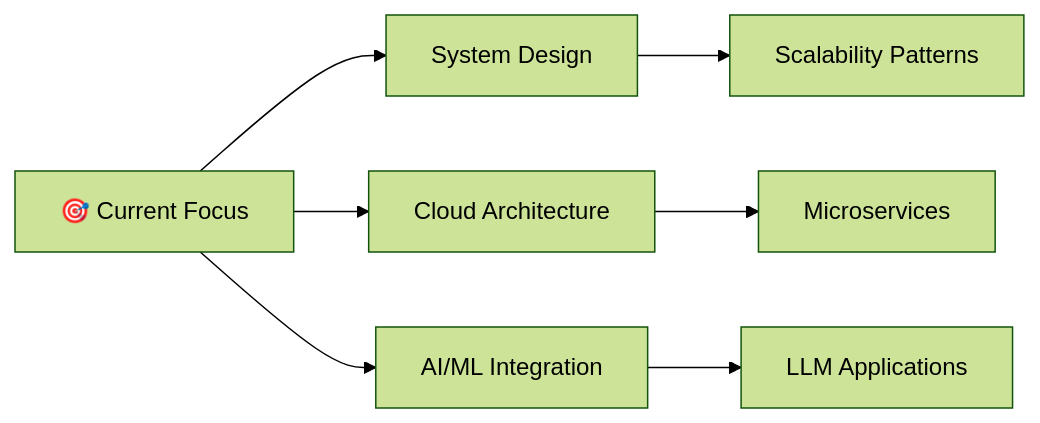
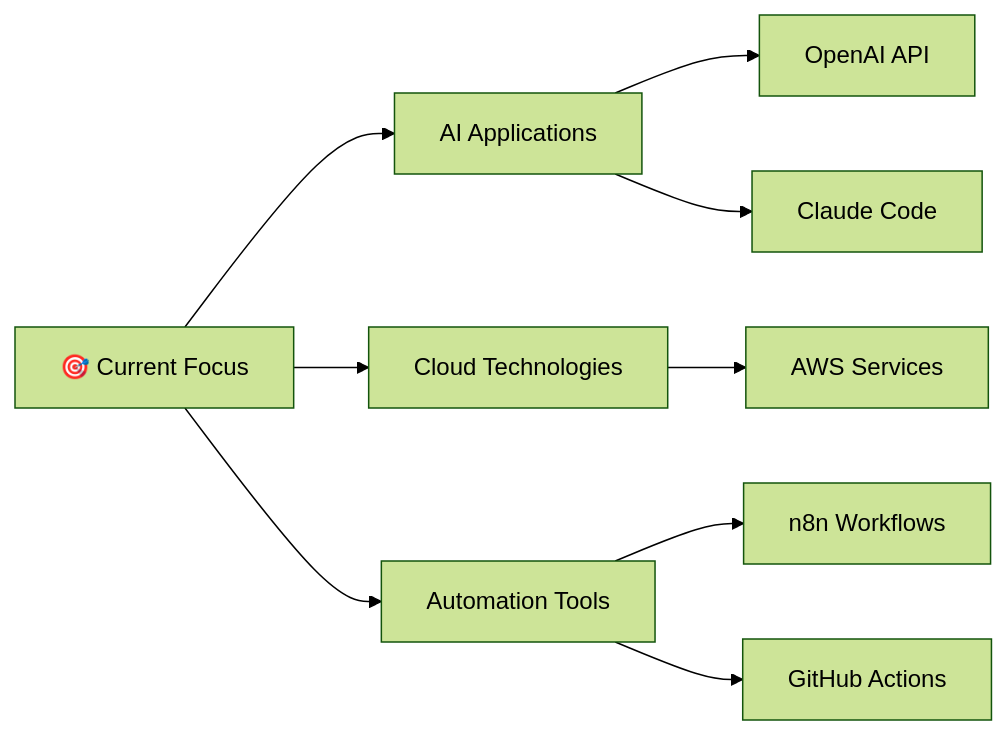
The diagram in README.md (Vijay431/Vijay431), drawn with Mermaid (forest theme) before and after one commit. The commit also changed other lines of this file and 1 other file, not shown here.

Commit message:
Update GitHub Actions workflow and README for enhanced profile automation and clarity

````diff
--- a/README.md
+++ b/README.md
@@ -198,9 +205,11 @@
 ```mermaid
 graph LR
-    A[🎯 Current Focus] --> B[System Design]
-    A --> C[Cloud Architecture]
-    A --> D[AI/ML Integration]
-    B --> E[Scalability Patterns]
-    C --> F[Microservices]
-    D --> G[LLM Applications]
+    A[🎯 Current Focus] --> B[AI Applications]
+    A --> C[Cloud Technologies]
+    A --> D[Automation Tools]
+    B --> E[OpenAI API]
+    B --> F[Claude Code]
+    C --> G[AWS Services]
+    D --> H[n8n Workflows]
+    D --> I[GitHub Actions]
 ```
````
